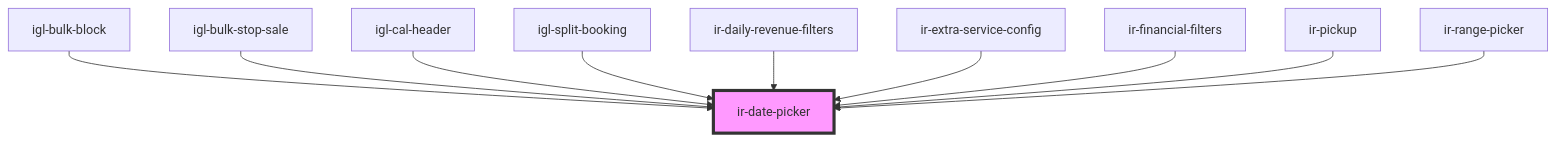
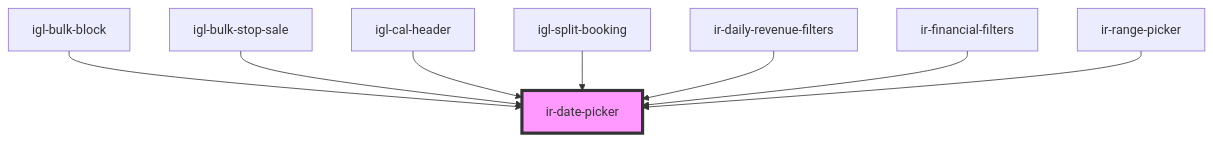
Before and after one commit to David1Chowaifaty/modified-ir-webcmp: the diagram in src/components/ui/ir-date-picker/readme.md, drawn with Mermaid. The commit also changed other lines of this file and 69 other files, not shown here.

````diff
--- a/src/components/ui/ir-date-picker/readme.md
+++ b/src/components/ui/ir-date-picker/readme.md
@@ -78,13 +76,11 @@
 ```mermaid
 graph TD;
   igl-bulk-block --> ir-date-picker
   igl-bulk-stop-sale --> ir-date-picker
   igl-cal-header --> ir-date-picker
   igl-split-booking --> ir-date-picker
   ir-daily-revenue-filters --> ir-date-picker
-  ir-extra-service-config --> ir-date-picker
   ir-financial-filters --> ir-date-picker
-  ir-pickup --> ir-date-picker
   ir-range-picker --> ir-date-picker
   style ir-date-picker fill:#f9f,stroke:#333,stroke-width:4px
 ```
````
